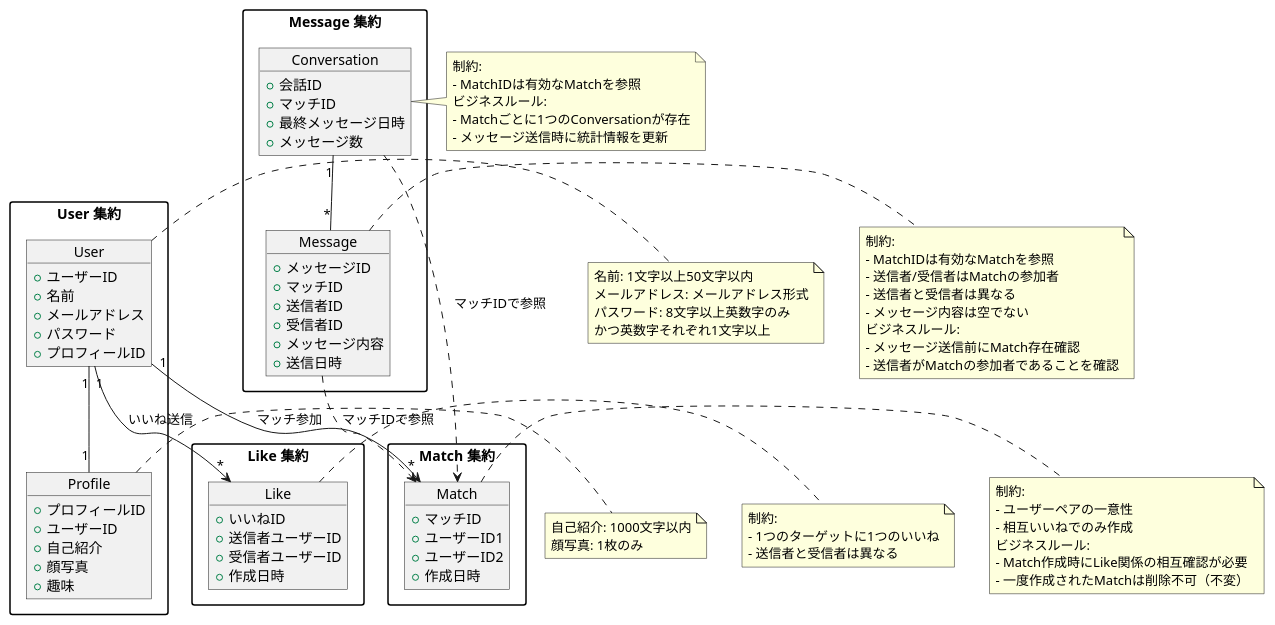
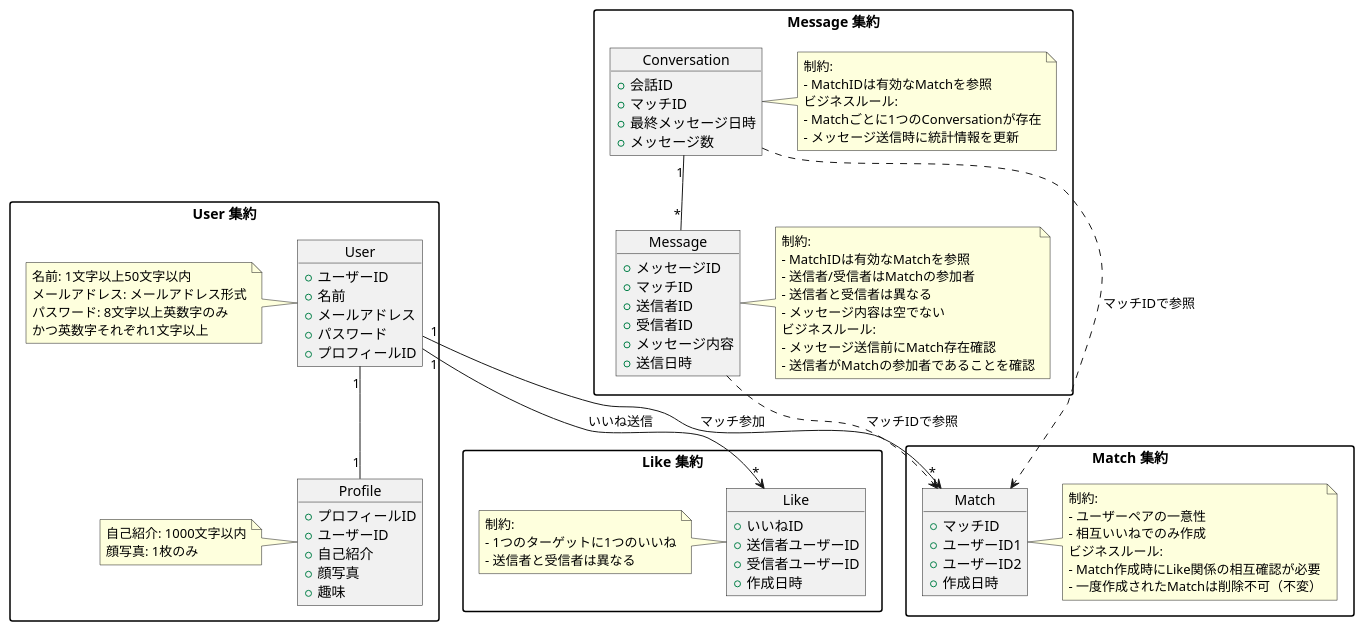
The diagram in docs/domain-model.pu (TakayukiHirano117/rails-matching-app-sample-ddd), drawn with PlantUML before and after one commit. The commit also changed 15 other files, not shown here.

```diff
--- a/docs/domain-model.pu
+++ b/docs/domain-model.pu
@@ -1,119 +1,120 @@
 @startuml model
 skinparam packageStyle rectangle
 
 package "User 集約" {
   object User {
     +ユーザーID
     +名前
     +メールアドレス
     +パスワード
     +プロフィールID
   }
 
   object Profile {
     +プロフィールID
     +ユーザーID
     +自己紹介
     +顔写真
     +趣味
   }
 
   User "1" -- "1" Profile
+  
+  note left of Profile
+    自己紹介: 1000文字以内
+    顔写真: 1枚のみ
+  end note
+  
+  note left of User
+    名前: 1文字以上50文字以内
+    メールアドレス: メールアドレス形式
+    パスワード: 8文字以上英数字のみ
+    かつ英数字それぞれ1文字以上
+  end note
 }
 
 package "Like 集約" {
   object Like {
     +いいねID
     +送信者ユーザーID
     +受信者ユーザーID
     +作成日時
   }
+  
+  note left of Like
+    制約:
+    - 1つのターゲットに1つのいいね
+    - 送信者と受信者は異なる
+  end note
 }
 
 package "Match 集約" {
   object Match {
     +マッチID
     +ユーザーID1
     +ユーザーID2
     +作成日時
   }
+  
+  note right of Match
+    制約:
+    - ユーザーペアの一意性
+    - 相互いいねでのみ作成
+    ビジネスルール:
+    - Match作成時にLike関係の相互確認が必要
+    - 一度作成されたMatchは削除不可（不変）
+  end note
 }
 
 package "Message 集約" {
   object Message {
     +メッセージID
     +マッチID
     +送信者ID
     +受信者ID
     +メッセージ内容
     +送信日時
   }
 
   object Conversation {
     +会話ID
     +マッチID
     +最終メッセージ日時
     +メッセージ数
   }
 
   Conversation "1" -- "*" Message
+  
+  note right of Message
+    制約:
+    - MatchIDは有効なMatchを参照
+    - 送信者/受信者はMatchの参加者
+    - 送信者と受信者は異なる
+    - メッセージ内容は空でない
+    ビジネスルール:
+    - メッセージ送信前にMatch存在確認
+    - 送信者がMatchの参加者であることを確認
+  end note
+  
+  note right of Conversation
+    制約:
+    - MatchIDは有効なMatchを参照
+    ビジネスルール:
+    - Matchごとに1つのConversationが存在
+    - メッセージ送信時に統計情報を更新
+  end note
 }
 
 ' 集約間の関係（DDDの原則に従い、直接的な関連は避ける）
 User "1" --> "*" Like : いいね送信
 User "1" --> "*" Match : マッチ参加
 
 ' Message集約はMatchIdを通じてMatch集約を参照（弱い関連）
 Message ..> Match : マッチIDで参照
 Conversation ..> Match : マッチIDで参照
 
 ' バリデーションルール（validation-rules.mdより）
-note right of User
-  名前: 1文字以上50文字以内
-  メールアドレス: メールアドレス形式
-  パスワード: 8文字以上英数字のみ
-  かつ英数字それぞれ1文字以上
-end note
-
-note right of Profile
-  自己紹介: 1000文字以内
-  顔写真: 1枚のみ
-end note
-
-note right of Like
-  制約:
-  - 1つのターゲットに1つのいいね
-  - 送信者と受信者は異なる
-end note
-
-note right of Match
-  制約:
-  - ユーザーペアの一意性
-  - 相互いいねでのみ作成
-  ビジネスルール:
-  - Match作成時にLike関係の相互確認が必要
-  - 一度作成されたMatchは削除不可（不変）
-end note
-
-note right of Message
-  制約:
-  - MatchIDは有効なMatchを参照
-  - 送信者/受信者はMatchの参加者
-  - 送信者と受信者は異なる
-  - メッセージ内容は空でない
-  ビジネスルール:
-  - メッセージ送信前にMatch存在確認
-  - 送信者がMatchの参加者であることを確認
-end note
-
-note right of Conversation
-  制約:
-  - MatchIDは有効なMatchを参照
-  ビジネスルール:
-  - Matchごとに1つのConversationが存在
-  - メッセージ送信時に統計情報を更新
-end note
 
 ' 注意: 集約間の関係は参照による疎結合を保つ
 ' 実装時はRepository経由でのアクセスを想定
 @enduml
```
